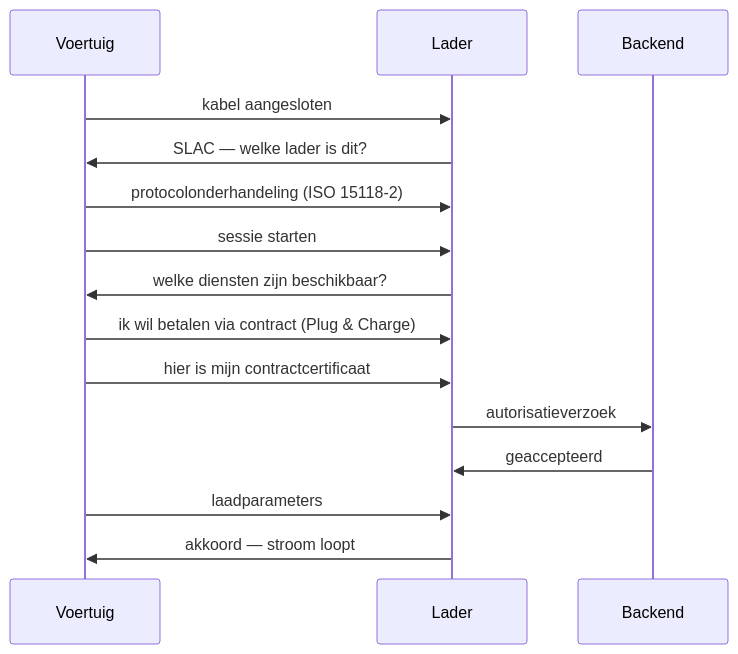
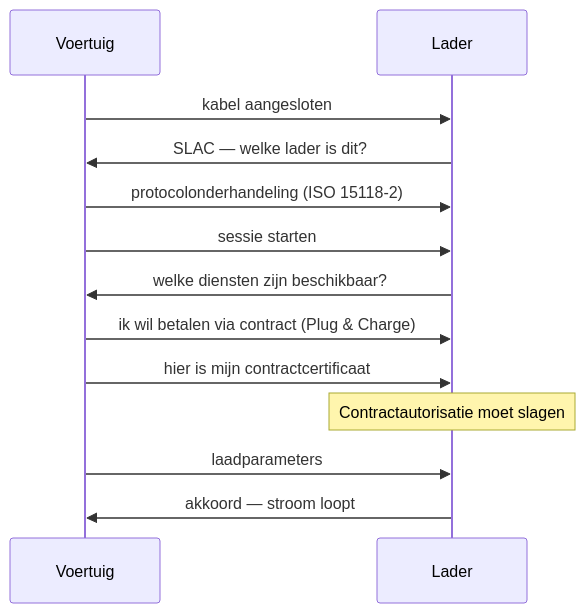
Before and after one commit to imichelena/stroomlijnen-website: the diagram in apps/docs/docs/technical/iso-15118.md, drawn with Mermaid. The commit also changed other lines of this file and 19 other files, not shown here.

````diff
--- a/apps/docs/docs/technical/iso-15118.md
+++ b/apps/docs/docs/technical/iso-15118.md
@@ -63,18 +63,16 @@
 ```mermaid
 sequenceDiagram
     participant EV as Voertuig
     participant EVSE as Lader
-    participant CSMS as Backend
 
     EV->>EVSE: kabel aangesloten
     EVSE->>EV: SLAC — welke lader is dit?
     EV->>EVSE: protocolonderhandeling (ISO 15118-2)
     EV->>EVSE: sessie starten
     EVSE->>EV: welke diensten zijn beschikbaar?
     EV->>EVSE: ik wil betalen via contract (Plug & Charge)
     EV->>EVSE: hier is mijn contractcertificaat
-    EVSE->>CSMS: autorisatieverzoek
-    CSMS->>EVSE: geaccepteerd
+    Note over EVSE: Contractautorisatie moet slagen
     EV->>EVSE: laadparameters
     EVSE->>EV: akkoord — stroom loopt
 ```
````
